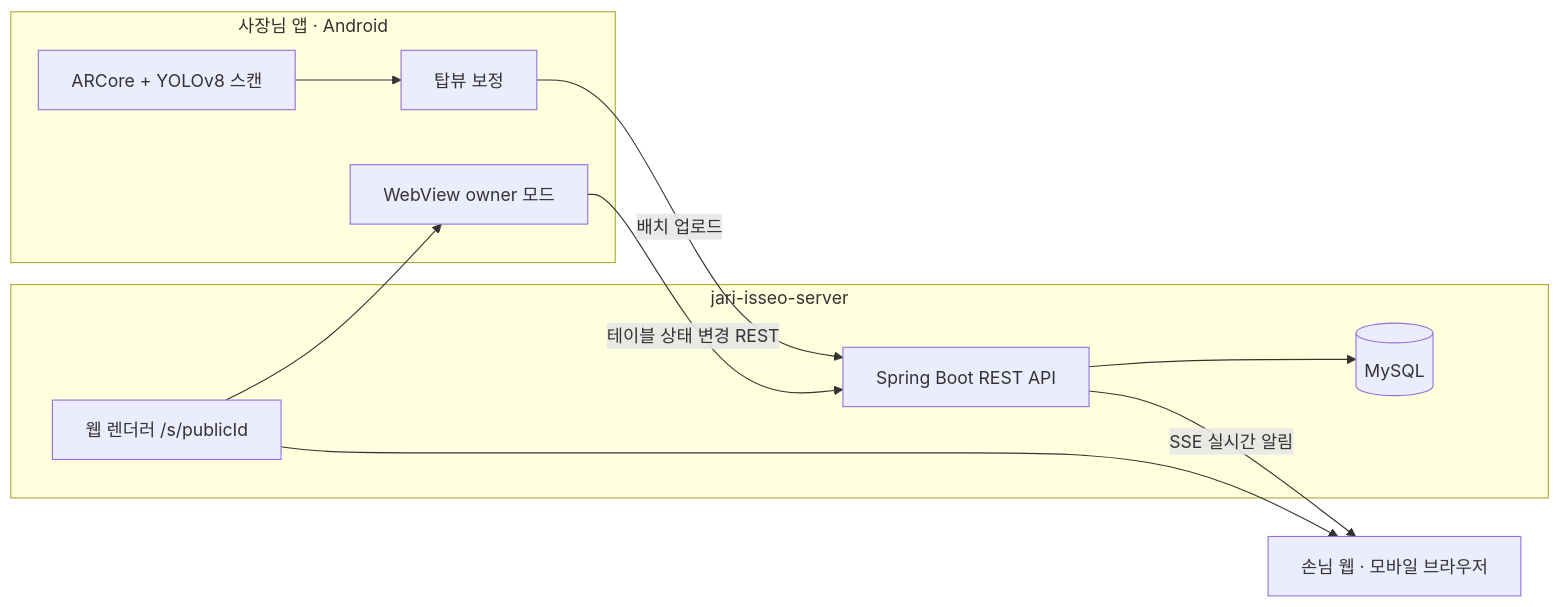
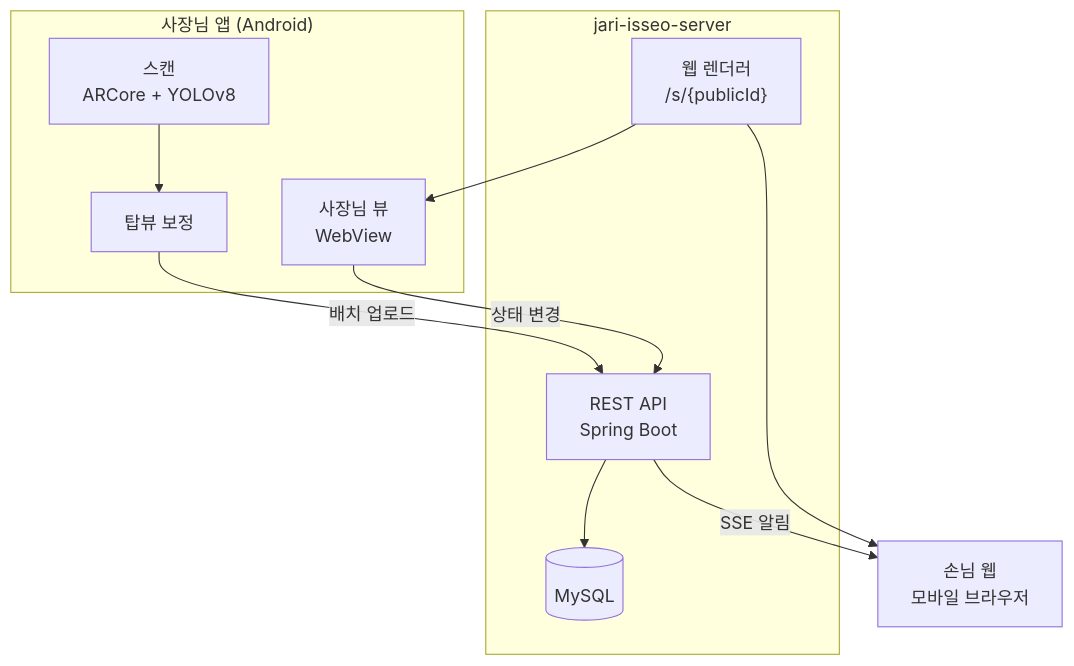
One commit to jari-isseo/jari-isseo-android changed the diagram in README.md. Above: the diagram before and after it, drawn with Mermaid. The commit also changed other lines of this file, not shown here.

Commit message:
[Docs/#72]: README를 서비스 소개·기능·아키텍처·실행 방법 구조로 정리

````diff
--- a/README.md
+++ b/README.md
@@ -54,20 +54,18 @@
 ```mermaid
-flowchart LR
-    subgraph App[사장님 앱 · Android]
-        Scan[ARCore + YOLOv8 스캔] --> Edit[탑뷰 보정]
-        Owner[WebView owner 모드]
+flowchart TB
+    subgraph App["사장님 앱 (Android)"]
+        Scan["스캔<br/>ARCore + YOLOv8"] --> Edit["탑뷰 보정"]
+        Owner["사장님 뷰<br/>WebView"]
     end
-    subgraph Server[jari-isseo-server]
-        API[Spring Boot REST API]
-        DB[(MySQL)]
-        Viewer[웹 렌더러 /s/publicId]
-        API --> DB
+    subgraph Server["jari-isseo-server"]
+        API["REST API<br/>Spring Boot"] --> DB[("MySQL")]
+        Viewer["웹 렌더러<br/>/s/{publicId}"]
     end
-    Guest[손님 웹 · 모바일 브라우저]
+    Guest["손님 웹<br/>모바일 브라우저"]
 
-    Edit -- 배치 업로드 --> API
-    Owner -- 테이블 상태 변경 REST --> API
+    Edit -->|"배치 업로드"| API
+    Owner -->|"상태 변경"| API
     Viewer --> Owner
     Viewer --> Guest
-    API -- SSE 실시간 알림 --> Guest
+    API -->|"SSE 알림"| Guest
 ```
````
